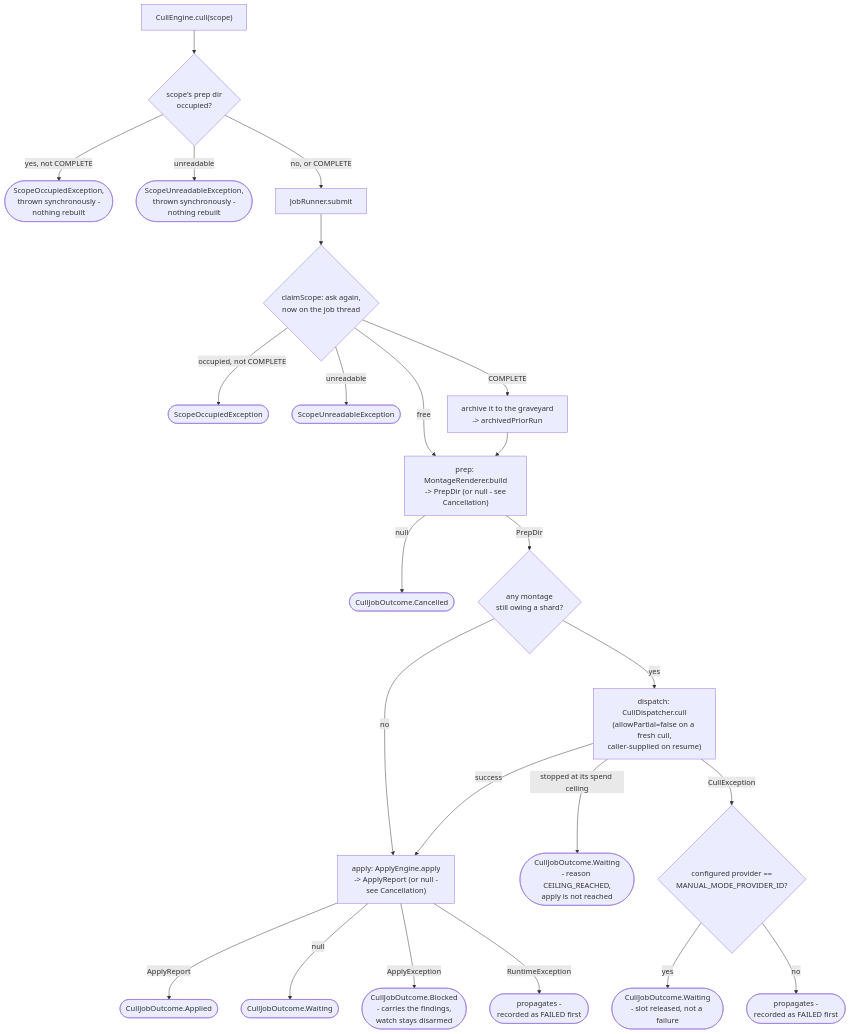
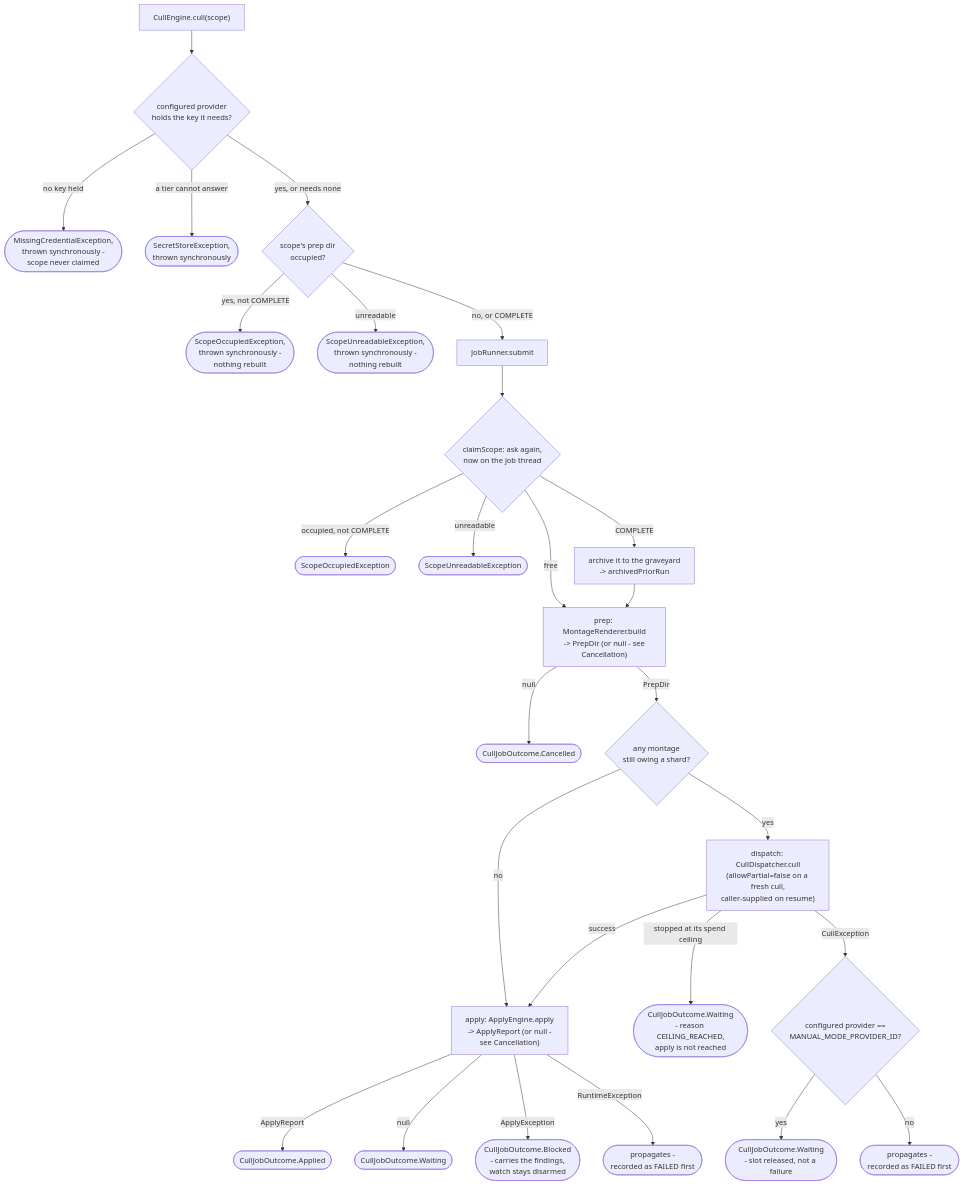
Before and after one commit to AdrianNachev91/sluice: the first of 3 diagrams in app/docs/design/application/service/cull-engine.md, drawn with Mermaid. The commit also changed 26 other files, not shown here.

````diff
--- a/app/docs/design/application/service/cull-engine.md
+++ b/app/docs/design/application/service/cull-engine.md
@@ -101,27 +101,30 @@
 ```mermaid
 flowchart TD
-    A["CullEngine.cull(scope)"] --> W{"scope's prep dir<br/>occupied?"}
+    A["CullEngine.cull(scope)"] --> K{"configured provider<br/>holds the key it needs?"}
+    K -- "no key held" --> KZ(["MissingCredentialException,<br/>thrown synchronously -<br/>scope never claimed"])
+    K -- "a tier cannot answer" --> KS(["SecretStoreException,<br/>thrown synchronously"])
+    K -- "yes, or needs none" --> W{"scope's prep dir<br/>occupied?"}
     W -- "yes, not COMPLETE" --> WZ(["ScopeOccupiedException,<br/>thrown synchronously -<br/>nothing rebuilt"])
     W -- "unreadable" --> WU(["ScopeUnreadableException,<br/>thrown synchronously -<br/>nothing rebuilt"])
     W -- "no, or COMPLETE" --> B["JobRunner.submit"]
     B --> CS{"claimScope: ask again,<br/>now on the job thread"}
     CS -- "occupied, not COMPLETE" --> WZ2(["ScopeOccupiedException"])
     CS -- "unreadable" --> WU2(["ScopeUnreadableException"])
     CS -- "COMPLETE" --> WA["archive it to the graveyard<br/>-> archivedPriorRun"]
     CS -- "free" --> P
     WA --> P
     P["prep: MontageRenderer.build<br/>-> PrepDir (or null - see<br/>Cancellation)"]
     P -- "null" --> PZ(["CullJobOutcome.Cancelled"])
     P -- "PrepDir" --> S{"any montage<br/>still owing a shard?"}
     S -- "no" --> AP["apply: ApplyEngine.apply<br/>-> ApplyReport (or null -<br/>see Cancellation)"]
     S -- "yes" --> D["dispatch: CullDispatcher.cull<br/>(allowPartial=false on a fresh cull,<br/>caller-supplied on resume)"]
     D -- "stopped at its spend ceiling" --> CE(["CullJobOutcome.Waiting<br/>- reason CEILING_REACHED,<br/>apply is not reached"])
     D -- "success" --> AP
     AP -- "ApplyReport" --> APP(["CullJobOutcome.Applied"])
     AP -- "null" --> APZ(["CullJobOutcome.Waiting"])
     AP -- "ApplyException" --> APB(["CullJobOutcome.Blocked<br/>- carries the findings,<br/>watch stays disarmed"])
     AP -- "RuntimeException" --> APR(["propagates -<br/>recorded as FAILED first"])
     D -- "CullException" --> M{"configured provider ==<br/>MANUAL_MODE_PROVIDER_ID?"}
     M -- "yes" --> WT(["CullJobOutcome.Waiting<br/>- slot released, not a failure"])
     M -- "no" --> RT(["propagates -<br/>recorded as FAILED first"])
 ```
````
